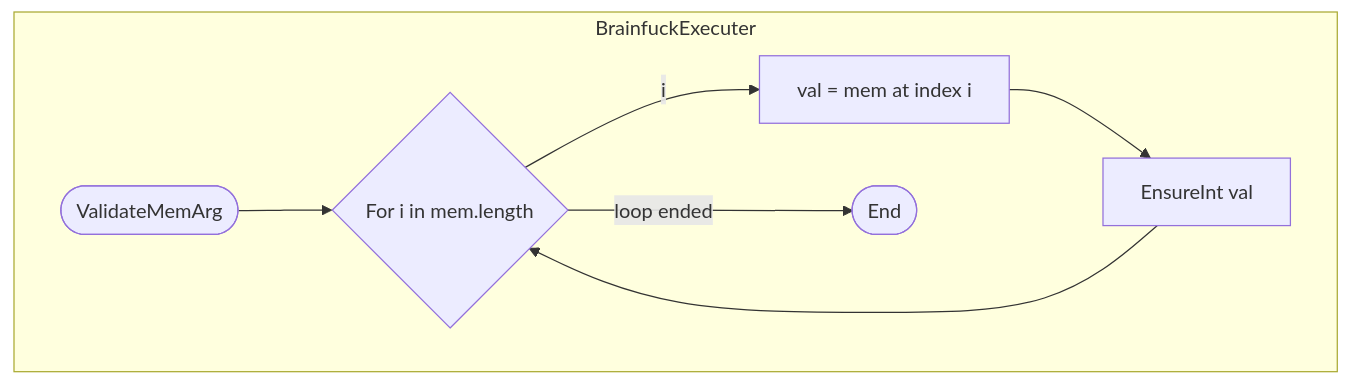
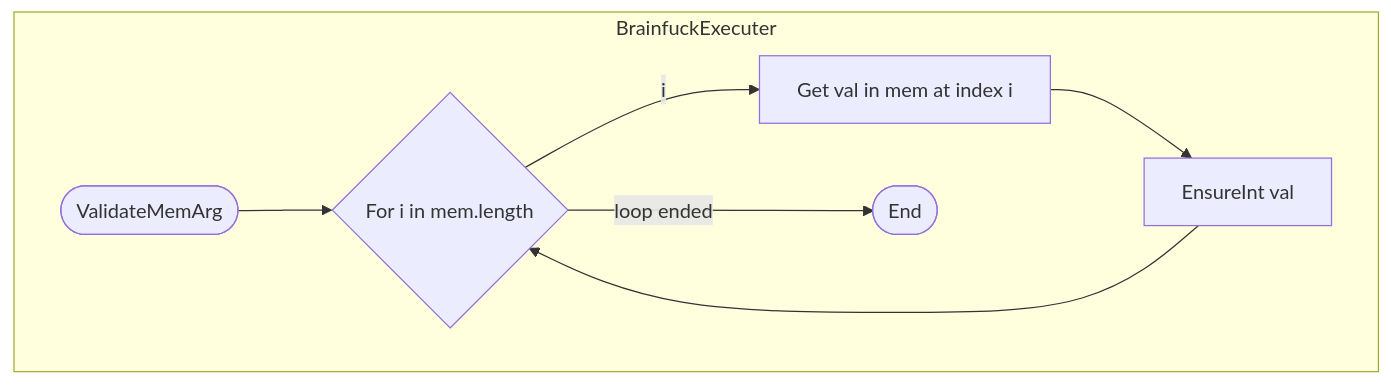
Diagram 11 of 28 in src/Classes_Info/BrainfuckExecuter.md (BCS21090011/BrainFucker), drawn with Mermaid before and after one commit. The commit also changed other lines of this file and 1 other file, not shown here.

Commit message:
Corrected MapLoopPairs to also add unmapped heads to left-out. Chart for MapLoopPairs Some adjustment on mermaid flowcharts.

````diff
--- a/src/Classes_Info/BrainfuckExecuter.md
+++ b/src/Classes_Info/BrainfuckExecuter.md
@@ -559,25 +559,25 @@
 ```mermaid
-flowchart
+flowchart TD
 
 subgraph BrainfuckExecuter
     Start([ValidateMemArg])
     ForCond{For i in mem.length}
-    SetVal[val = mem at index i]
+    SetVal[Get val in mem at index i]
     EnsureInt[EnsureInt val]
     End([End])
 end
 
 Start
 -->
 ForCond
 --i-->
 SetVal
 -->
 EnsureInt
 -->
 ForCond
 
 ForCond
 --loop ended-->
 End
 ```
````
